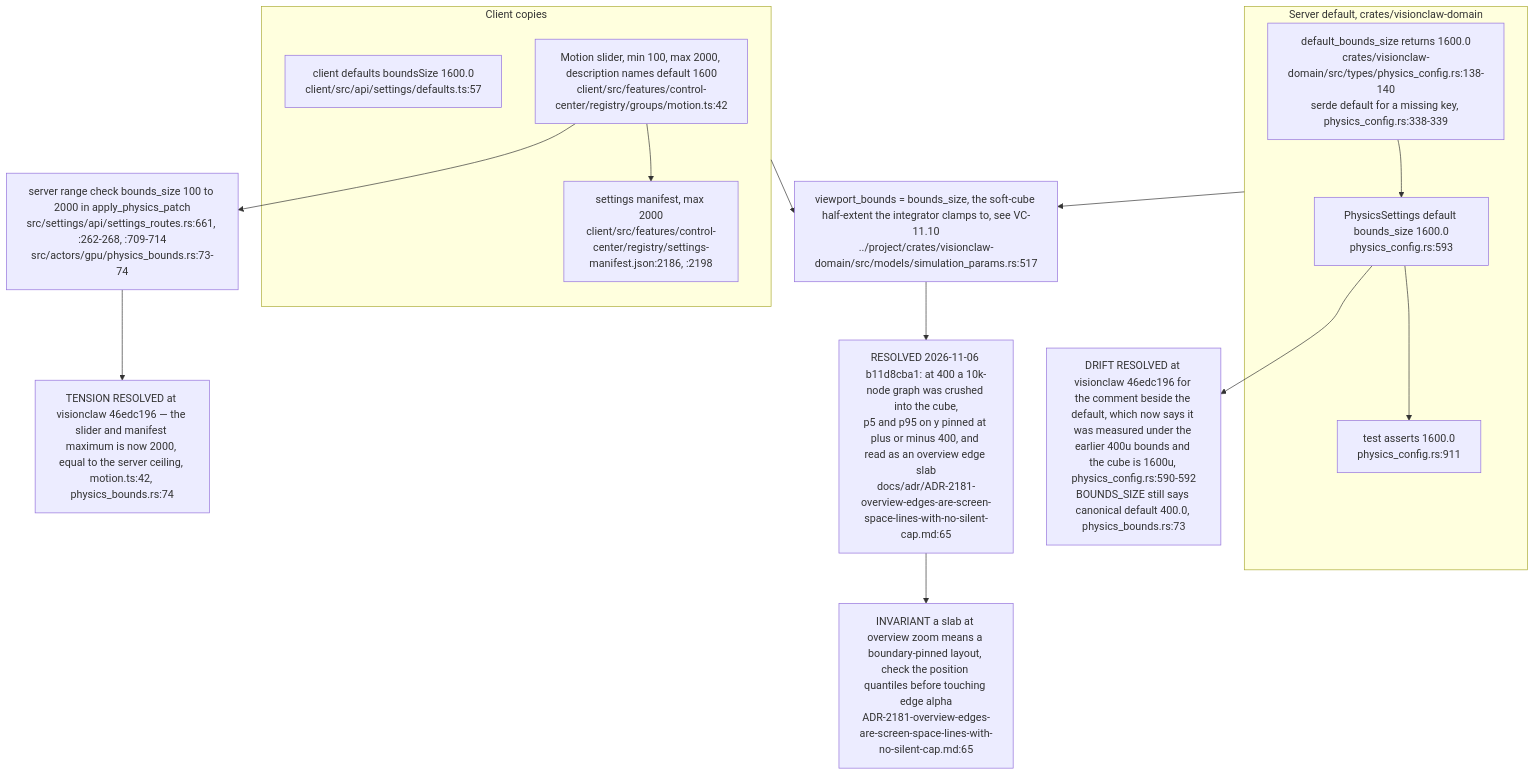
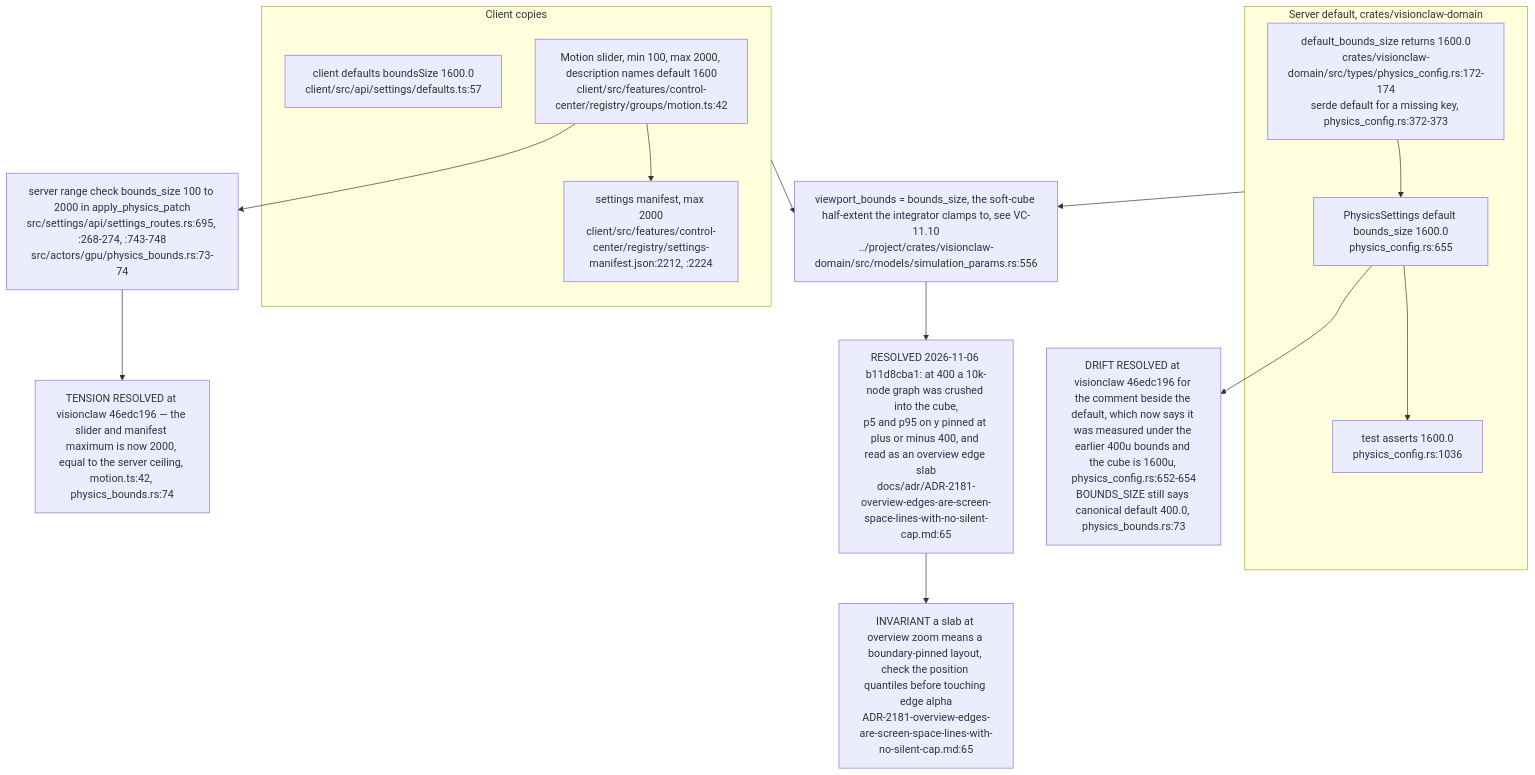
The ninth of 9 diagrams in docs/diagrams/visionclaw/11-physics-step-and-force-channels.md (DreamLab-AI/VisionFlow), drawn with Mermaid before and after one commit. The commit also changed other lines of this file and 7 other files, not shown here.

First line of the commit message:
diagrams(visionclaw): re-verify VC-09..VC-16 at visionclaw 4900ec60

````diff
--- a/docs/diagrams/visionclaw/11-physics-step-and-force-channels.md
+++ b/docs/diagrams/visionclaw/11-physics-step-and-force-channels.md
@@ -361,22 +364,22 @@
 ```mermaid
 flowchart TB
     subgraph RUST["Server default, crates/visionclaw-domain"]
-        R1["default_bounds_size returns 1600.0<br/>crates/visionclaw-domain/src/types/physics_config.rs:138-140<br/>serde default for a missing key, physics_config.rs:338-339"]
-        R2["PhysicsSettings default bounds_size 1600.0<br/>physics_config.rs:593"]
-        R3["test asserts 1600.0<br/>physics_config.rs:911"]
+        R1["default_bounds_size returns 1600.0<br/>crates/visionclaw-domain/src/types/physics_config.rs:172-174<br/>serde default for a missing key, physics_config.rs:372-373"]
+        R2["PhysicsSettings default bounds_size 1600.0<br/>physics_config.rs:655"]
+        R3["test asserts 1600.0<br/>physics_config.rs:1036"]
         R1 --> R2 --> R3
     end
     subgraph TS["Client copies"]
         C1["client defaults boundsSize 1600.0<br/>client/src/api/settings/defaults.ts:57"]
         C2["Motion slider, min 100, max 2000, description names default 1600<br/>client/src/features/control-center/registry/groups/motion.ts:42"]
-        C3["settings manifest, max 2000<br/>client/src/features/control-center/registry/settings-manifest.json:2186, :2198"]
+        C3["settings manifest, max 2000<br/>client/src/features/control-center/registry/settings-manifest.json:2212, :2224"]
         C2 --> C3
     end
-    RUST --> VB["viewport_bounds = bounds_size, the soft-cube half-extent the integrator clamps to, see VC-11.10<br/>../project/crates/visionclaw-domain/src/models/simulation_params.rs:517"]
+    RUST --> VB["viewport_bounds = bounds_size, the soft-cube half-extent the integrator clamps to, see VC-11.10<br/>../project/crates/visionclaw-domain/src/models/simulation_params.rs:556"]
     TS --> VB
     VB --> SLAB["RESOLVED 2026-11-06 b11d8cba1: at 400 a 10k-node graph was crushed into the cube,<br/>p5 and p95 on y pinned at plus or minus 400, and read as an overview edge slab<br/>docs/adr/ADR-2181-overview-edges-are-screen-space-lines-with-no-silent-cap.md:65"]
     SLAB --> INV["INVARIANT a slab at overview zoom means a boundary-pinned layout, check the position quantiles before touching edge alpha<br/>ADR-2181-overview-edges-are-screen-space-lines-with-no-silent-cap.md:65"]
-    C2 --> VAL["server range check bounds_size 100 to 2000 in apply_physics_patch<br/>src/settings/api/settings_routes.rs:661, :262-268, :709-714<br/>src/actors/gpu/physics_bounds.rs:73-74"]
+    C2 --> VAL["server range check bounds_size 100 to 2000 in apply_physics_patch<br/>src/settings/api/settings_routes.rs:695, :268-274, :743-748<br/>src/actors/gpu/physics_bounds.rs:73-74"]
     VAL --> T1["TENSION RESOLVED at visionclaw 46edc196 — the slider and manifest maximum is now 2000, equal to the server ceiling, motion.ts:42, physics_bounds.rs:74"]
-    R2 --> D1["DRIFT RESOLVED at visionclaw 46edc196 for the comment beside the default, which now says it was measured under the earlier 400u bounds and the cube is 1600u, physics_config.rs:590-592<br/>BOUNDS_SIZE still says canonical default 400.0, physics_bounds.rs:73"]
+    R2 --> D1["DRIFT RESOLVED at visionclaw 46edc196 for the comment beside the default, which now says it was measured under the earlier 400u bounds and the cube is 1600u, physics_config.rs:652-654<br/>BOUNDS_SIZE still says canonical default 400.0, physics_bounds.rs:73"]
 ```
````
